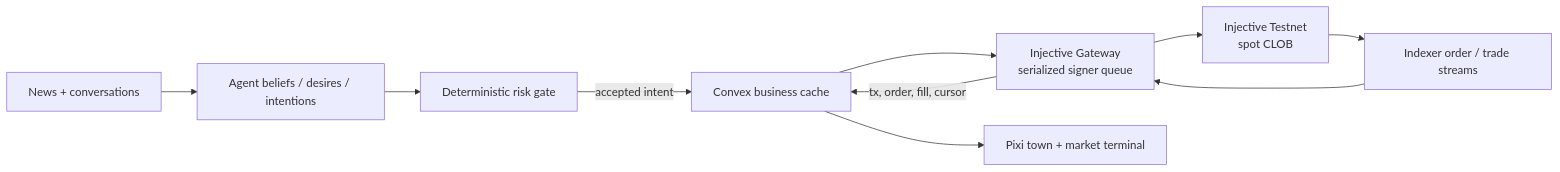
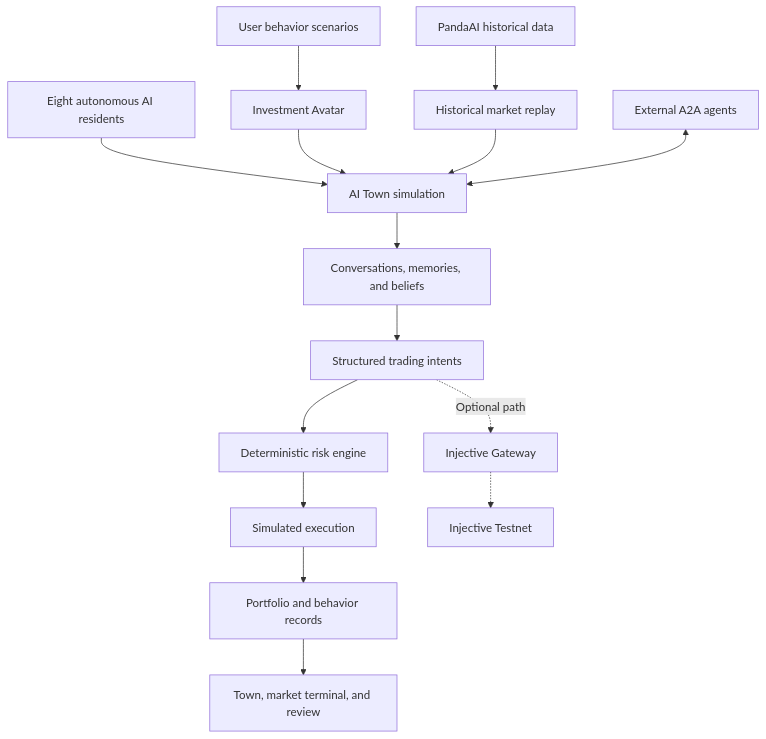
One commit to zonghaoyuan/trade-town changed the second of 2 diagrams in README.md. Above: the diagram before and after it, drawn with Mermaid. The commit also changed other lines of this file and 1 other file, not shown here.

````diff
--- a/README.md
+++ b/README.md
@@ -34,12 +222,20 @@
 ```mermaid
-flowchart LR
-  News["News + conversations"] --> BDI["Agent beliefs / desires / intentions"]
-  BDI --> Risk["Deterministic risk gate"]
-  Risk -->|accepted intent| Convex["Convex business cache"]
-  Convex --> Gateway["Injective Gateway<br/>serialized signer queue"]
-  Gateway --> CLOB["Injective Testnet<br/>spot CLOB"]
-  CLOB --> Stream["Indexer order / trade streams"]
-  Stream --> Gateway
-  Gateway -->|tx, order, fill, cursor| Convex
-  Convex --> UI["Pixi town + market terminal"]
+flowchart TB
+    Panda["PandaAI historical data"] --> Replay["Historical market replay"]
+    User["User behavior scenarios"] --> Avatar["Investment Avatar"]
+    Residents["Eight autonomous AI residents"] --> Simulation["AI Town simulation"]
+    Avatar --> Simulation
+    Replay --> Simulation
+
+    Simulation --> Conversation["Conversations, memories, and beliefs"]
+    Conversation --> Intent["Structured trading intents"]
+    Intent --> Risk["Deterministic risk engine"]
+    Risk --> Execution["Simulated execution"]
+    Execution --> Portfolio["Portfolio and behavior records"]
+    Portfolio --> UI["Town, market terminal, and review"]
+
+    A2A["External A2A agents"] <--> Simulation
+
+    Intent -. "Optional path" .-> Gateway["Injective Gateway"]
+    Gateway -.-> Testnet["Injective Testnet"]
 ```
````
